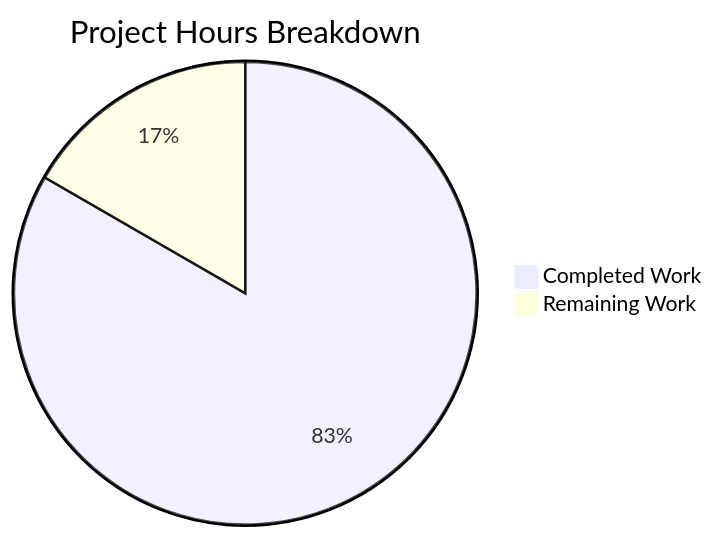
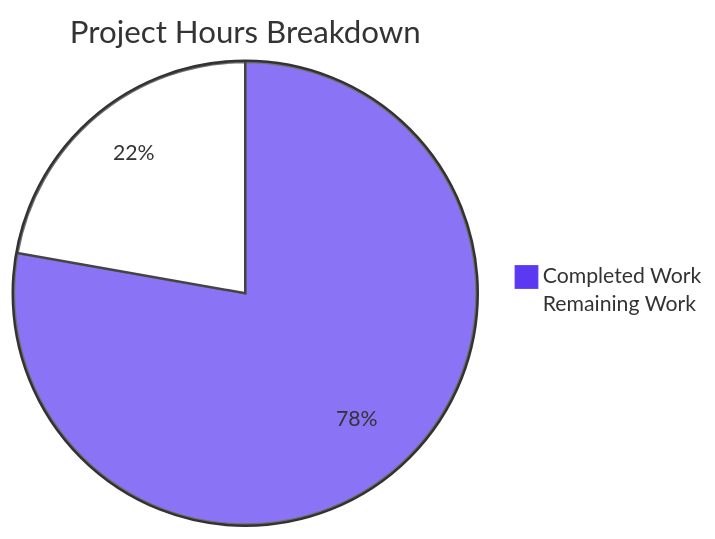
The second of 2 diagrams in blitzy/documentation/Project Guide.md (chaitanya-blitzy/hao-backprop-test), drawn with Mermaid before and after one commit. The commit also changed other lines of this file, not shown here.

Commit message:
Adding Blitzy Project Guide: Project Status and Human Tasks Remaining

````diff
--- a/blitzy/documentation/Project Guide.md
+++ b/blitzy/documentation/Project Guide.md
@@ -165,5 +177,6 @@
 ```mermaid
+%%{init: {'theme': 'base', 'themeVariables': {'pie1': '#5B39F3', 'pie2': '#FFFFFF', 'pieStrokeColor': '#333333', 'pieOuterStrokeColor': '#333333'}}}%%
 pie title Project Hours Breakdown
-    "Completed Work" : 5
-    "Remaining Work" : 1
+    "Completed Work" : 7
+    "Remaining Work" : 2
 ```
````
